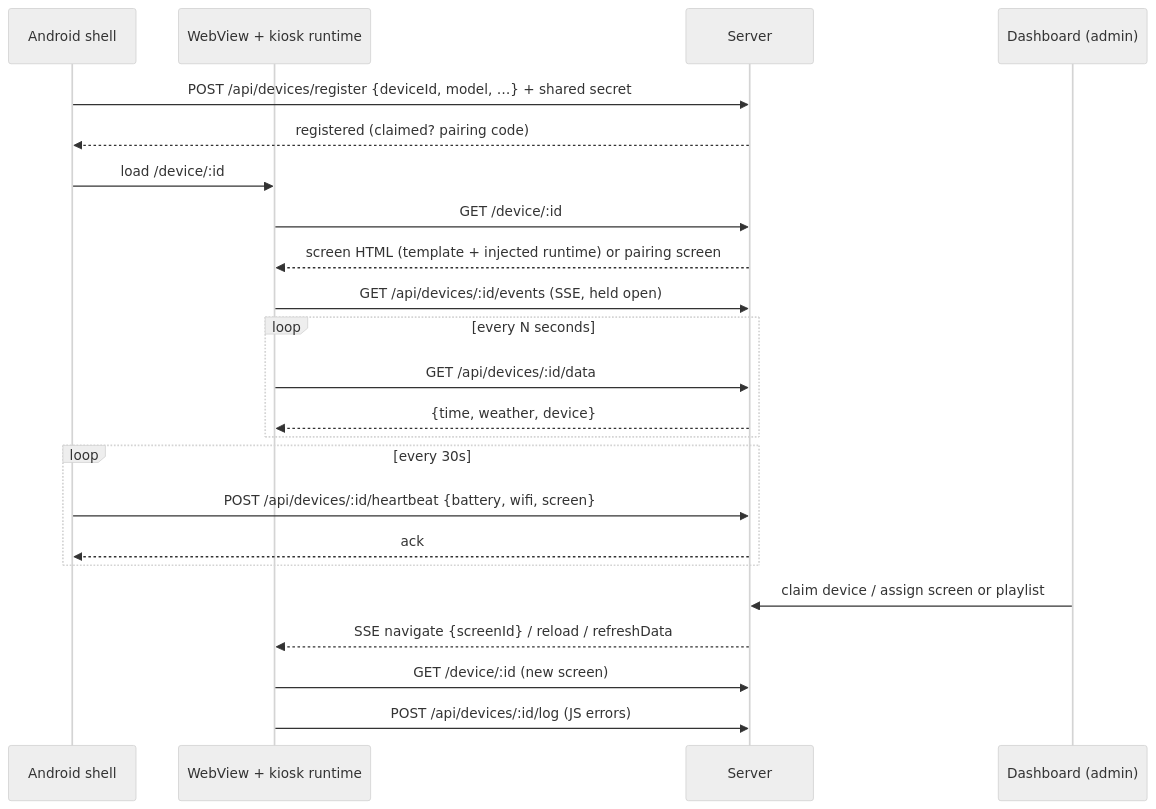
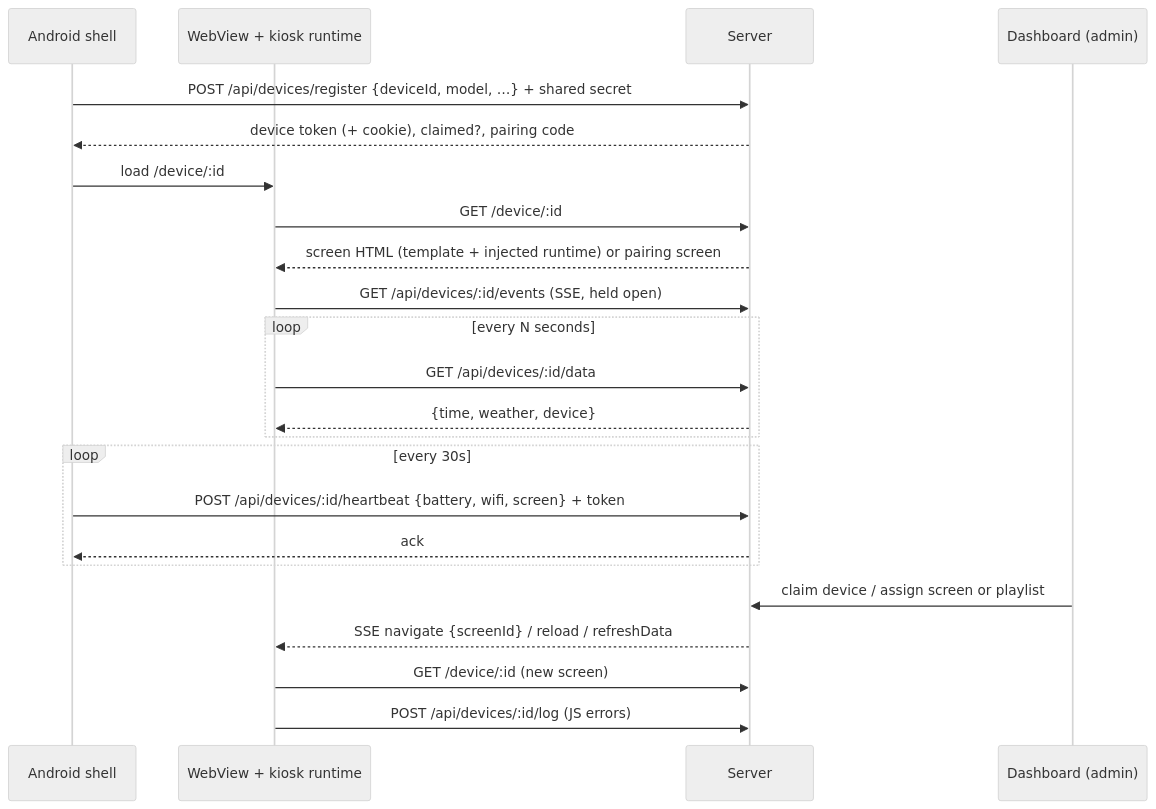
One commit to notglossy/show-runner changed the diagram in docs/architecture.md. Above: the diagram before and after it, drawn with Mermaid (neutral theme). The commit also changed other lines of this file and 3 other files, not shown here.

First line of the commit message:
Docs: API reference, server code map, auth details, device open questions

````diff
--- a/docs/architecture.md
+++ b/docs/architecture.md
@@ -31,26 +31,26 @@
 ```mermaid
 sequenceDiagram
     participant App as Android shell
     participant WV as WebView + kiosk runtime
     participant S as Server
     participant D as Dashboard (admin)
 
     App->>S: POST /api/devices/register {deviceId, model, …} + shared secret
-    S-->>App: registered (claimed? pairing code)
+    S-->>App: device token (+ cookie), claimed?, pairing code
     App->>WV: load /device/:id
     WV->>S: GET /device/:id
     S-->>WV: screen HTML (template + injected runtime) or pairing screen
     WV->>S: GET /api/devices/:id/events (SSE, held open)
     loop every N seconds
         WV->>S: GET /api/devices/:id/data
         S-->>WV: {time, weather, device}
     end
     loop every 30s
-        App->>S: POST /api/devices/:id/heartbeat {battery, wifi, screen}
+        App->>S: POST /api/devices/:id/heartbeat {battery, wifi, screen} + token
         S-->>App: ack
     end
     D->>S: claim device / assign screen or playlist
     S-->>WV: SSE navigate {screenId} / reload / refreshData
     WV->>S: GET /device/:id (new screen)
     WV->>S: POST /api/devices/:id/log (JS errors)
 ```
````
